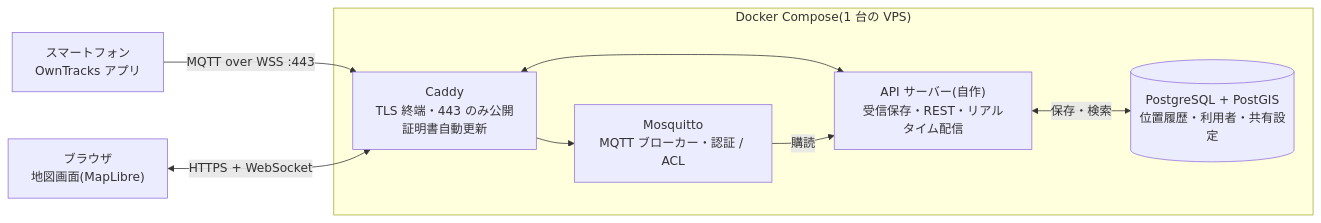
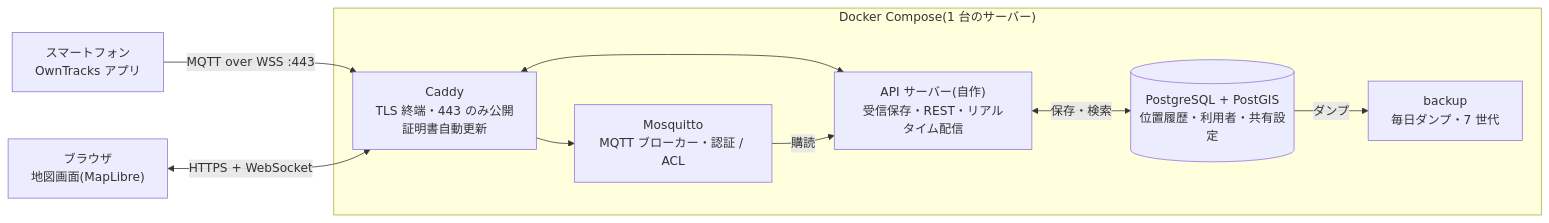
Before and after one commit to 0tsu-0w0/map-tracking: the diagram in docs/requirements.md, drawn with Mermaid. The commit also changed other lines of this file, not shown here.

Commit message:
要件定義書の構成図に backup コンテナを追加

````diff
--- a/docs/requirements.md
+++ b/docs/requirements.md
@@ -137,17 +137,19 @@
 ```mermaid
 flowchart LR
     phone["スマートフォン<br/>OwnTracks アプリ"]
     browser["ブラウザ<br/>地図画面(MapLibre)"]
-    subgraph compose["Docker Compose(1 台の VPS)"]
+    subgraph compose["Docker Compose(1 台のサーバー)"]
         caddy["Caddy<br/>TLS 終端・443 のみ公開<br/>証明書自動更新"]
         mqtt["Mosquitto<br/>MQTT ブローカー・認証 / ACL"]
         api["API サーバー(自作)<br/>受信保存・REST・リアルタイム配信"]
         db[("PostgreSQL + PostGIS<br/>位置履歴・利用者・共有設定")]
+        backup["backup<br/>毎日ダンプ・7 世代"]
     end
     phone -- "MQTT over WSS :443" --> caddy
     browser <-- "HTTPS + WebSocket" --> caddy
     caddy --> mqtt
     caddy <--> api
     mqtt -- "購読" --> api
     api <-- "保存・検索" --> db
+    db -- "ダンプ" --> backup
 ```
````
